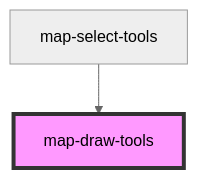
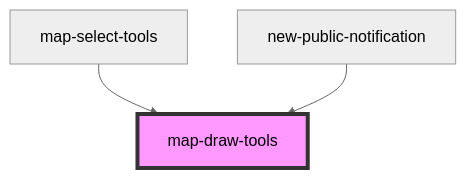
Before and after one commit to Esri/solutions-components: the diagram in src/components/map-draw-tools/readme.md, drawn with Mermaid (neutral theme). The commit also changed other lines of this file and 6 other files, not shown here.

````diff
--- a/src/components/map-draw-tools/readme.md
+++ b/src/components/map-draw-tools/readme.md
@@ -47,5 +48,6 @@
 ```mermaid
 graph TD;
   map-select-tools --> map-draw-tools
+  new-public-notification --> map-draw-tools
   style map-draw-tools fill:#f9f,stroke:#333,stroke-width:4px
 ```
````
